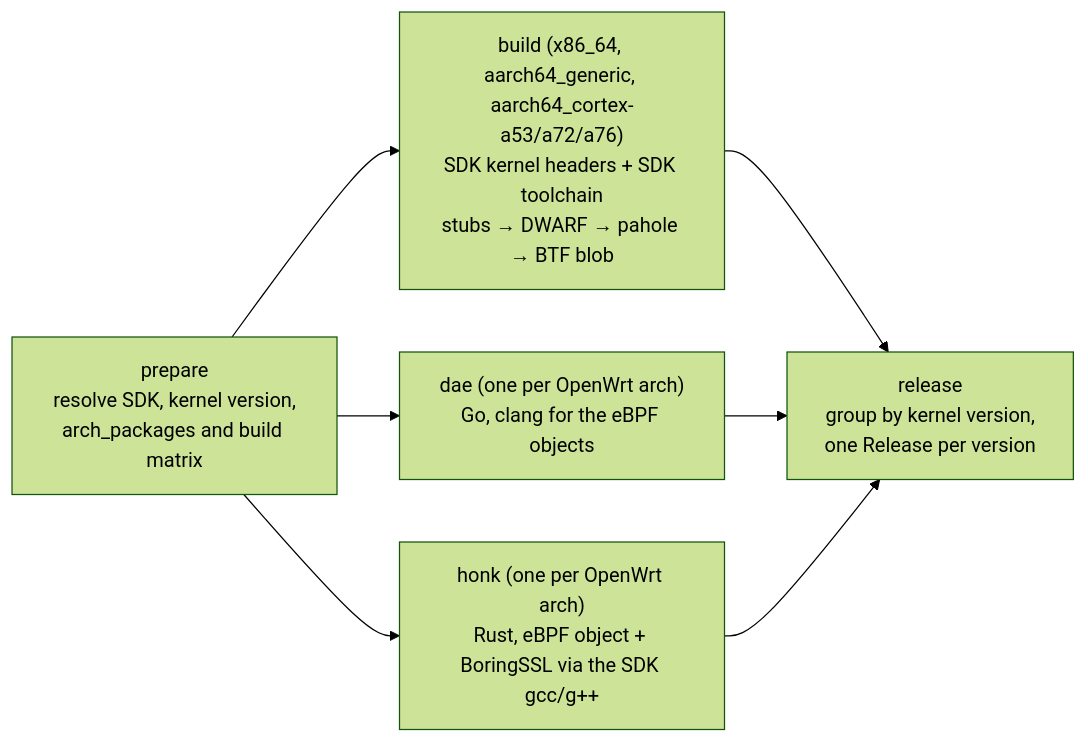
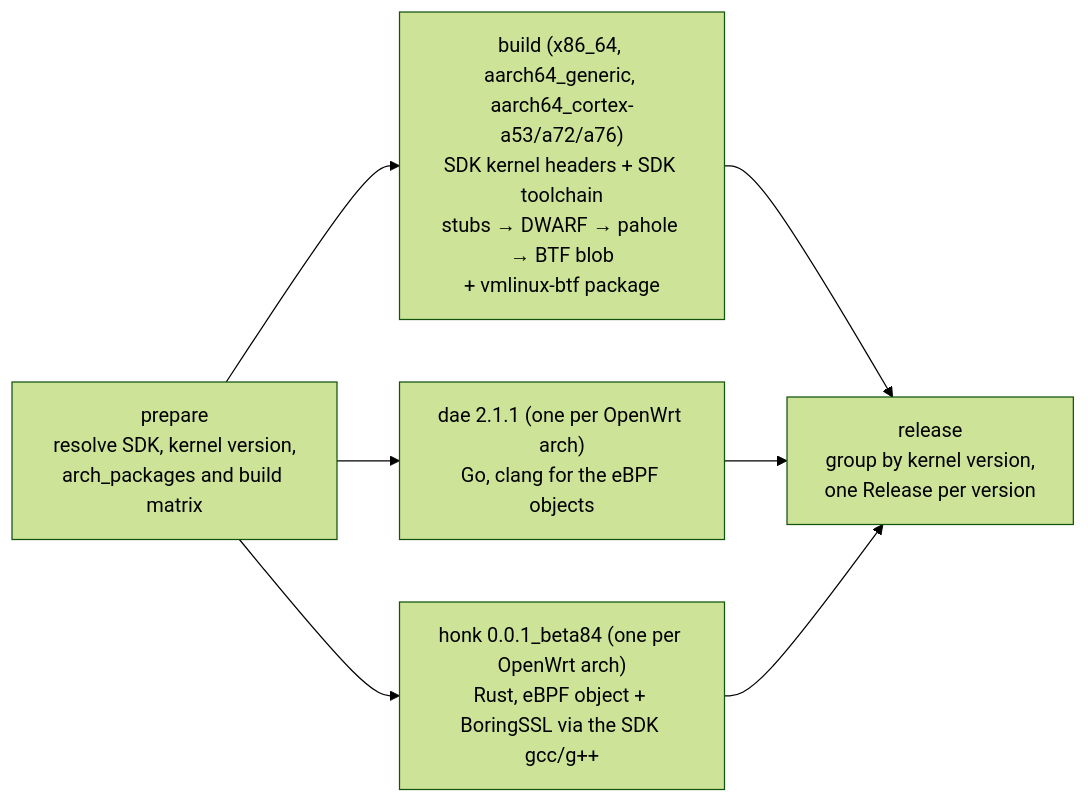
Before and after one commit to Zakkaus/openwrt-packages: the diagram in README.md, drawn with Mermaid (forest theme). The commit also changed other lines of this file and 6 other files, not shown here.

First line of the commit message:
feat: ship vmlinux-btf as apk and pin dae/honk releases

````diff
--- a/README.md
+++ b/README.md
@@ -147,14 +158,14 @@
 ```mermaid
 flowchart LR
   P["prepare<br/>resolve SDK, kernel version,<br/>arch_packages and build matrix"]
-  K["build (x86_64, aarch64_generic, aarch64_cortex-a53/a72/a76)<br/>SDK kernel headers + SDK toolchain<br/>stubs → DWARF → pahole → BTF blob"]
-  D["dae (one per OpenWrt arch)<br/>Go, clang for the eBPF objects"]
-  H["honk (one per OpenWrt arch)<br/>Rust, eBPF object + BoringSSL via the SDK gcc/g++"]
+  K["build (x86_64, aarch64_generic, aarch64_cortex-a53/a72/a76)<br/>SDK kernel headers + SDK toolchain<br/>stubs → DWARF → pahole → BTF blob<br/>+ vmlinux-btf package"]
+  D["dae 2.1.1 (one per OpenWrt arch)<br/>Go, clang for the eBPF objects"]
+  H["honk 0.0.1_beta84 (one per OpenWrt arch)<br/>Rust, eBPF object + BoringSSL via the SDK gcc/g++"]
   R["release<br/>group by kernel version,<br/>one Release per version"]
   P --> K
   P --> D
   P --> H
   K --> R
   D --> R
   H --> R
 ```
````
